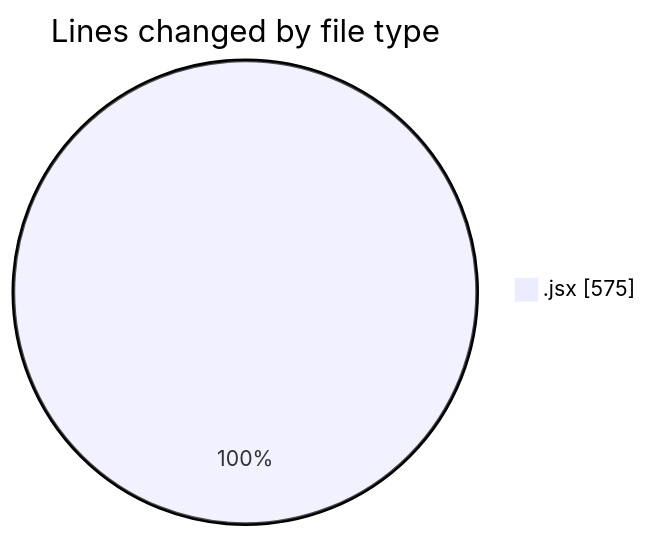
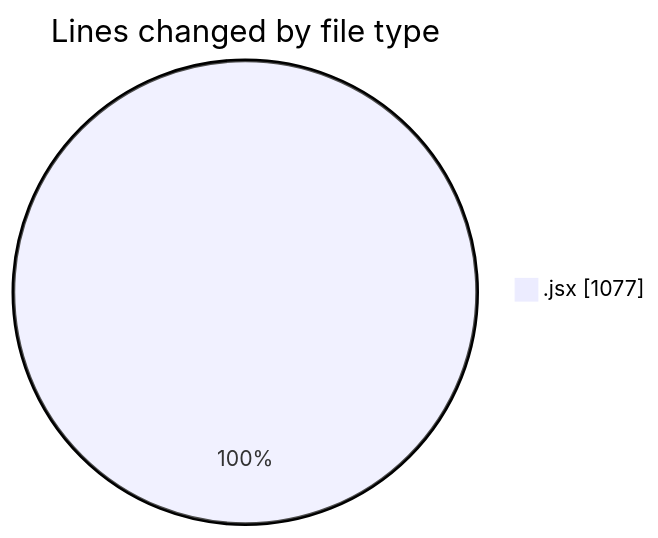
Before and after one commit to nxtqubesakshisongat/code-tracking: the first of 2 diagrams in 2025-05-13/argos-dev/README.md, drawn with Mermaid. The commit also changed other lines of this file and 1 other file, not shown here.

````diff
--- a/2025-05-13/argos-dev/README.md
+++ b/2025-05-13/argos-dev/README.md
@@ -21,5 +22,5 @@
 ```mermaid
 pie showData
 title Lines changed by file type
-".jsx" : 575
+".jsx" : 1077
 ```
````
